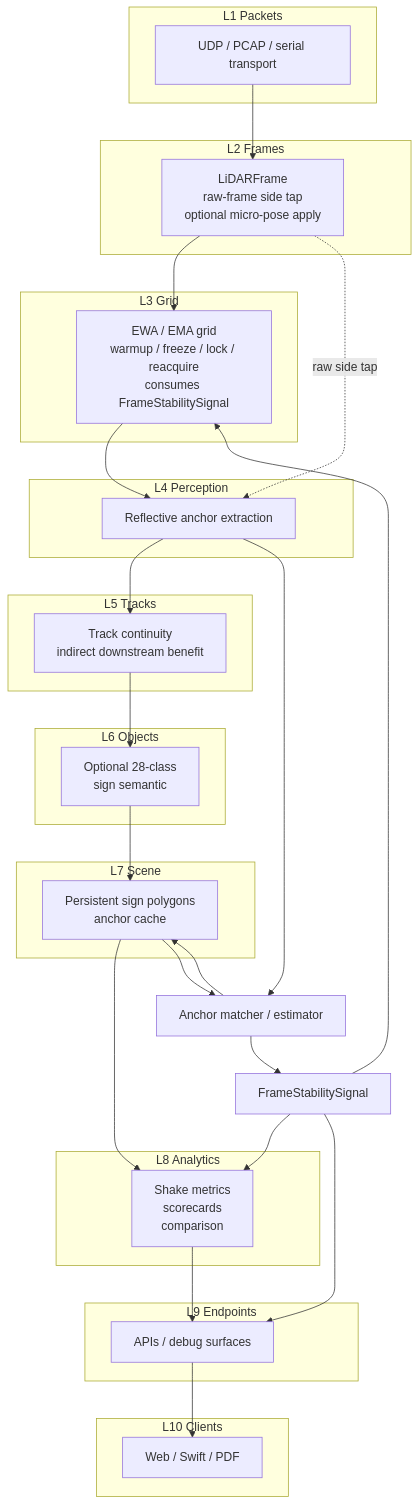
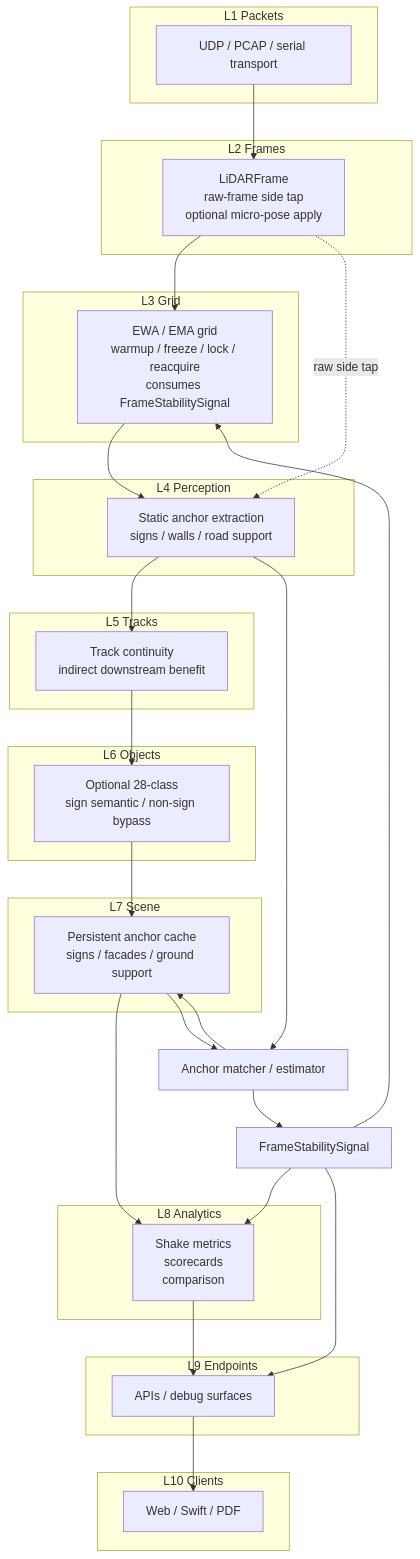
One commit to banshee-data/velocity.report changed the first of 3 diagrams in docs/maths/proposals/20260310-reflective-sign-pose-anchor-maths.md. Above: the diagram before and after it, drawn with Mermaid. The commit also changed other lines of this file and 4 other files, not shown here.

Commit message:
[docs] update contributing documentation and refine reflective sign anchor proposals for improved pose estimation

````diff
--- a/docs/maths/proposals/20260310-reflective-sign-pose-anchor-maths.md
+++ b/docs/maths/proposals/20260310-reflective-sign-pose-anchor-maths.md
@@ -330,43 +467,43 @@
 ```mermaid
 flowchart TD
     subgraph L1["L1 Packets"]
         P["UDP / PCAP / serial transport"]
     end
     subgraph L2["L2 Frames"]
         F["LiDARFrame\nraw-frame side tap\noptional micro-pose apply"]
     end
     subgraph L3["L3 Grid"]
         G["EWA / EMA grid\nwarmup / freeze / lock / reacquire\nconsumes FrameStabilitySignal"]
     end
     subgraph L4["L4 Perception"]
-        A["Reflective anchor extraction"]
+        A["Static anchor extraction\nsigns / walls / road support"]
     end
     subgraph L5["L5 Tracks"]
         T["Track continuity\nindirect downstream benefit"]
     end
     subgraph L6["L6 Objects"]
-        O["Optional 28-class\nsign semantic"]
+        O["Optional 28-class\nsign semantic / non-sign bypass"]
     end
     subgraph L7["L7 Scene"]
-        H["Persistent sign polygons\nanchor cache"]
+        H["Persistent anchor cache\nsigns / facades / ground support"]
     end
     subgraph L8["L8 Analytics"]
         N["Shake metrics\nscorecards\ncomparison"]
     end
     subgraph L9["L9 Endpoints"]
         E["APIs / debug surfaces"]
     end
     subgraph L10["L10 Clients"]
         C["Web / Swift / PDF"]
     end
 
     P --> F --> G --> A --> T --> O --> H --> N --> E --> C
     F -. "raw side tap" .-> A
     A --> M["Anchor matcher / estimator"]
     H --> M
     M --> S["FrameStabilitySignal"]
     S --> G
     S --> N
     S --> E
     M --> H
 ```
````
